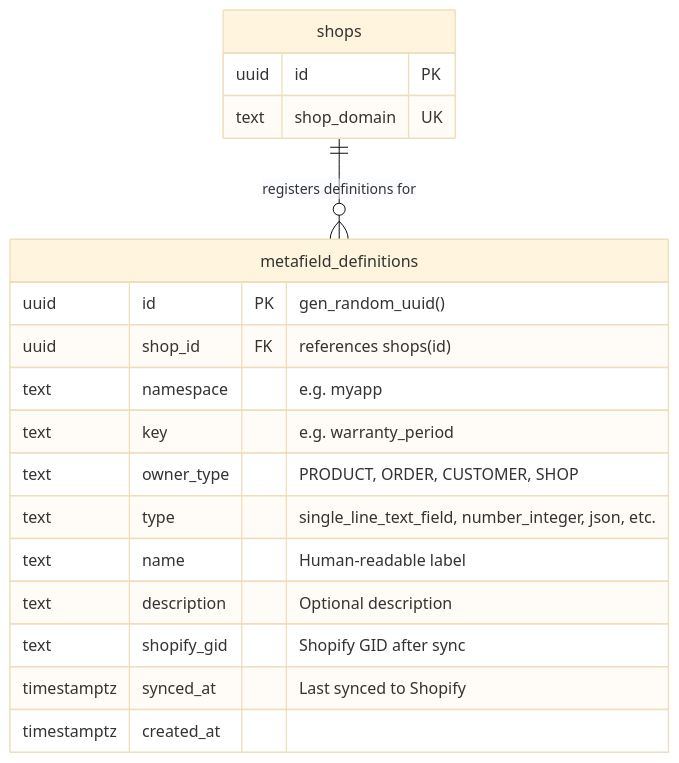
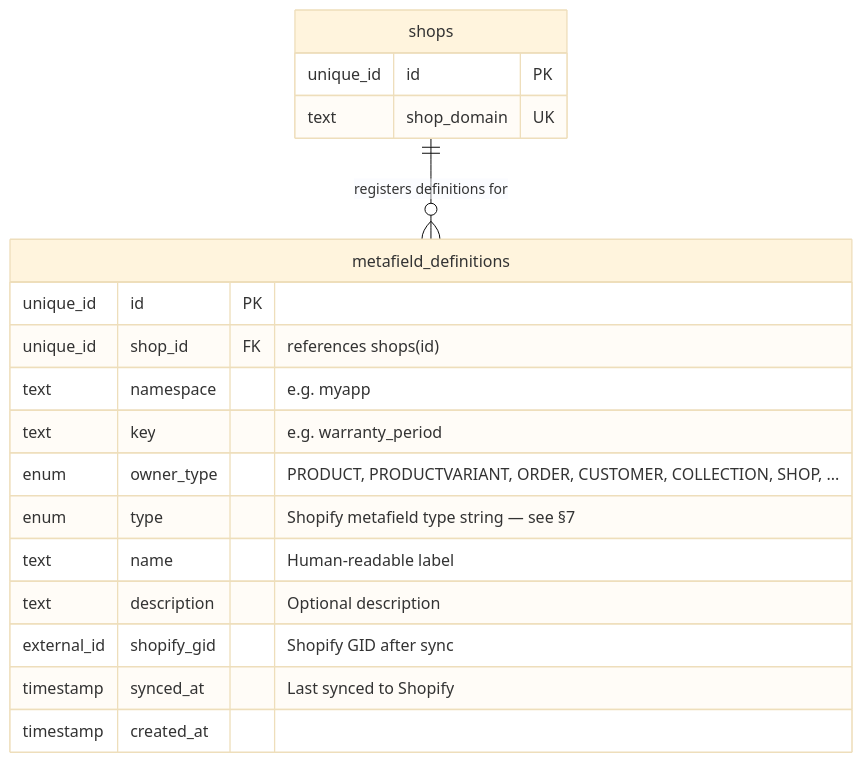
One commit to nguyenvanduocit/primitive-blocks-specs changed the first of 6 diagrams in data/shopify-metafields/README.md. Above: the diagram before and after it, drawn with Mermaid (base theme). The commit also changed other lines of this file and 28 other files, not shown here.

````diff
--- a/data/shopify-metafields/README.md
+++ b/data/shopify-metafields/README.md
@@ -53,23 +55,23 @@
 ```mermaid
 erDiagram
     shops {
-        uuid id PK
+        unique_id id PK
         text shop_domain UK
     }
 
     metafield_definitions {
-        uuid id PK "gen_random_uuid()"
-        uuid shop_id FK "references shops(id)"
+        unique_id id PK
+        unique_id shop_id FK "references shops(id)"
         text namespace "e.g. myapp"
         text key "e.g. warranty_period"
-        text owner_type "PRODUCT, ORDER, CUSTOMER, SHOP"
-        text type "single_line_text_field, number_integer, json, etc."
+        enum owner_type "PRODUCT, PRODUCTVARIANT, ORDER, CUSTOMER, COLLECTION, SHOP, ..."
+        enum type "Shopify metafield type string — see §7"
         text name "Human-readable label"
         text description "Optional description"
-        text shopify_gid "Shopify GID after sync"
-        timestamptz synced_at "Last synced to Shopify"
-        timestamptz created_at
+        external_id shopify_gid "Shopify GID after sync"
+        timestamp synced_at "Last synced to Shopify"
+        timestamp created_at
     }
 
     shops ||--o{ metafield_definitions : "registers definitions for"
 ```
````
